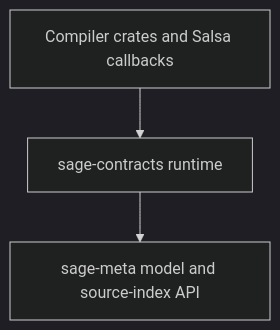
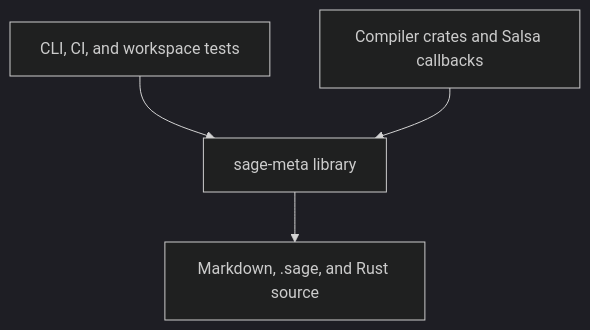
Before and after one commit to nikomatsakis/sage-dev: the diagram in md/rfds/sage-contracts/README.md, drawn with Mermaid (dark theme). The commit also changed other lines of this file and 30 other files, not shown here.

First line of the commit message:
Validate specification anchors in Sage workspace checks

````diff
--- a/md/rfds/sage-contracts/README.md
+++ b/md/rfds/sage-contracts/README.md
@@ -99,5 +132,6 @@
 ```mermaid
 flowchart TD
-    Compiler[Compiler crates and Salsa callbacks] --> Runtime[sage-contracts runtime]
-    Runtime --> Meta[sage-meta model and source-index API]
+    CI[CLI, CI, and workspace tests] --> Meta[sage-meta library]
+    Compiler[Compiler crates and Salsa callbacks] --> Meta
+    Meta --> Model[Markdown, .sage, and Rust source]
 ```
````
